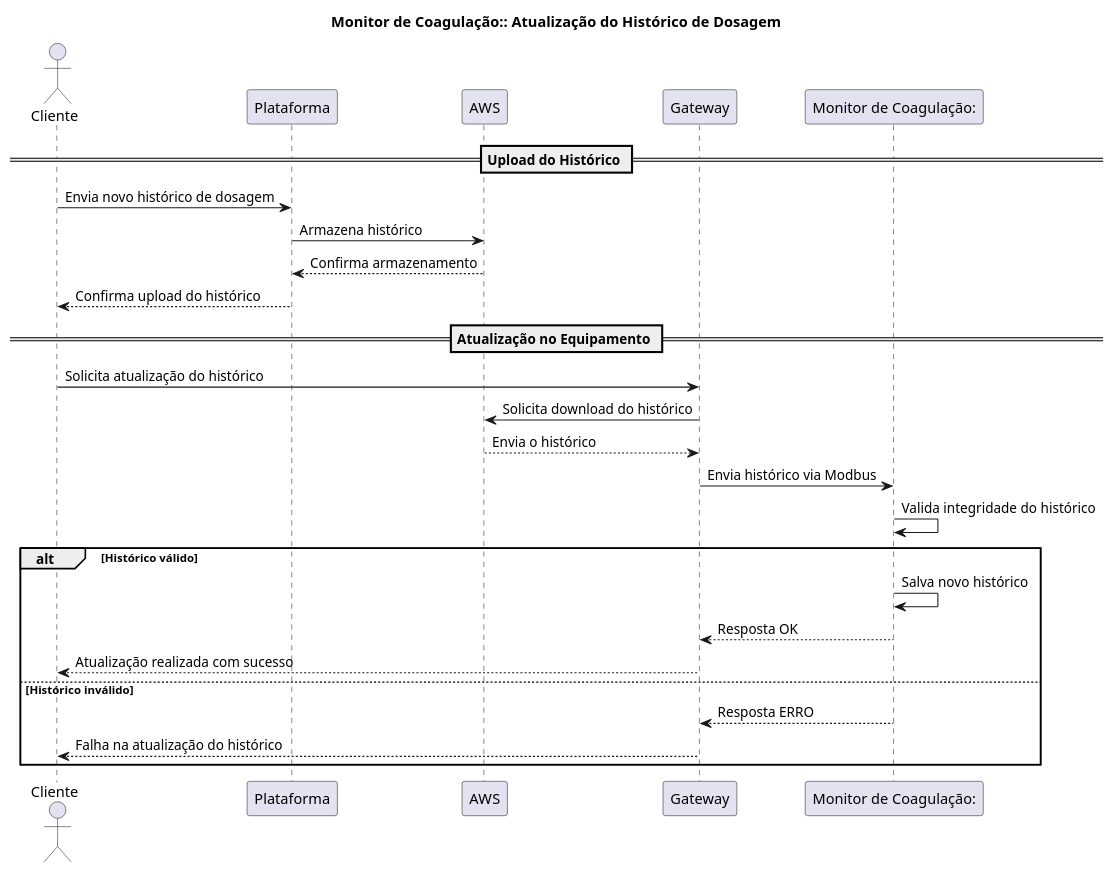
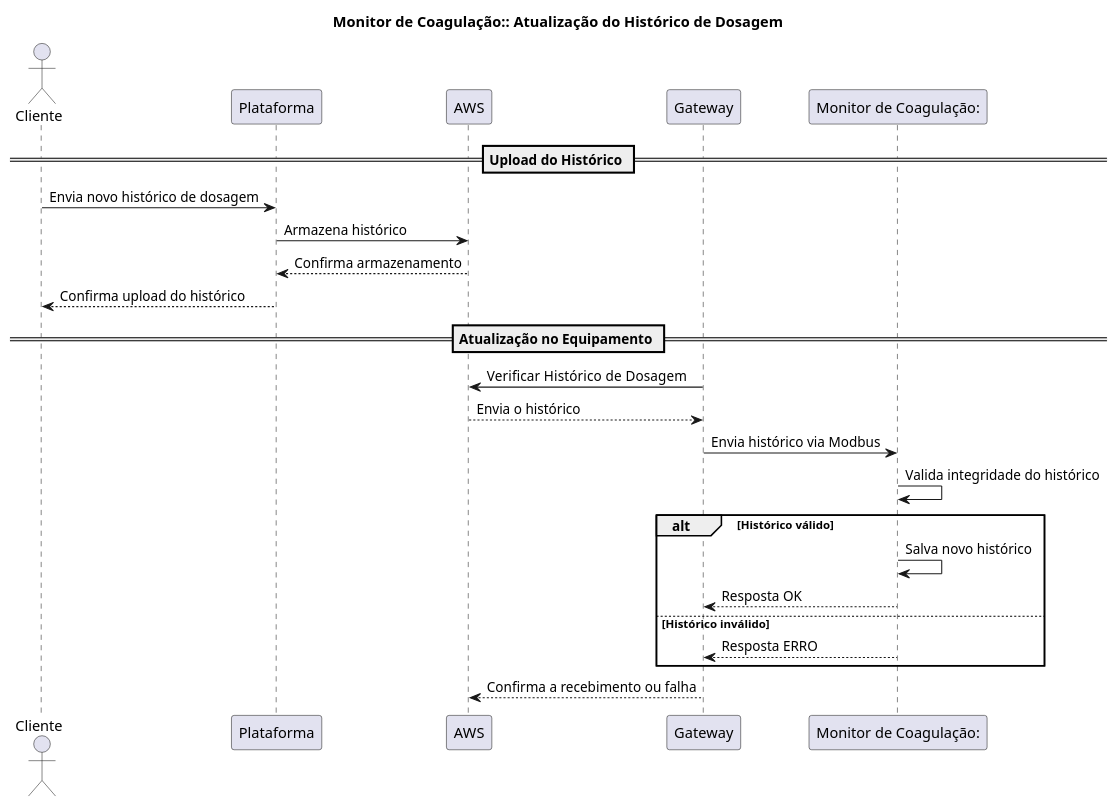
Before and after one commit to Monique-HidroSolo/plantuml: the diagram in Documentação Monitor/Histórico de Dosagem.puml, drawn with PlantUML. The commit also changed 9 other files, not shown here.

Commit message:
Atualização dos Diagramas Monitor

```diff
--- a/Documentação Monitor/Histórico de Dosagem.puml
+++ b/Documentação Monitor/Histórico de Dosagem.puml
@@ -1,33 +1,31 @@
 @startuml
 title Monitor de Coagulação:: Atualização do Histórico de Dosagem
 
 actor Cliente as C
 participant Plataforma as P
 participant AWS as AWS
 participant Gateway as GW
 participant "Monitor de Coagulação:" as MC
 
 == Upload do Histórico ==
 C -> P: Envia novo histórico de dosagem
 P -> AWS: Armazena histórico
 AWS --> P: Confirma armazenamento
 P --> C: Confirma upload do histórico
 
 == Atualização no Equipamento ==
-C -> GW: Solicita atualização do histórico
-GW -> AWS: Solicita download do histórico
+GW -> AWS: Verificar  Histórico de Dosagem
 AWS --> GW: Envia o histórico
 
 GW -> MC: Envia histórico via Modbus
 MC -> MC: Valida integridade do histórico
 
 alt Histórico válido
     MC -> MC: Salva novo histórico
     MC --> GW: Resposta OK
-    GW --> C: Atualização realizada com sucesso
 else Histórico inválido
     MC --> GW: Resposta ERRO
-    GW --> C: Falha na atualização do histórico
 end
+GW --> AWS: Confirma a recebimento ou falha
 
 @enduml
```
